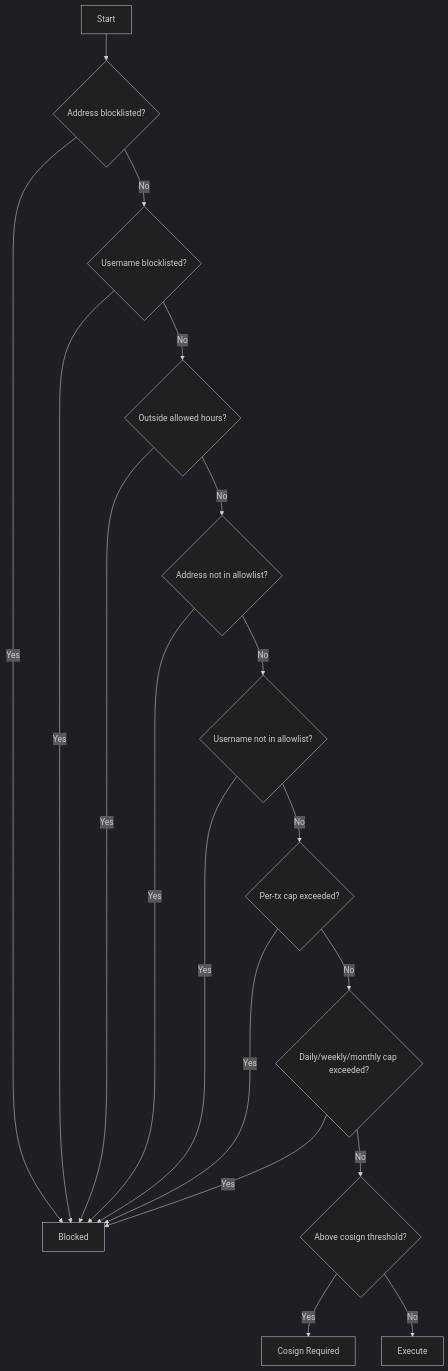
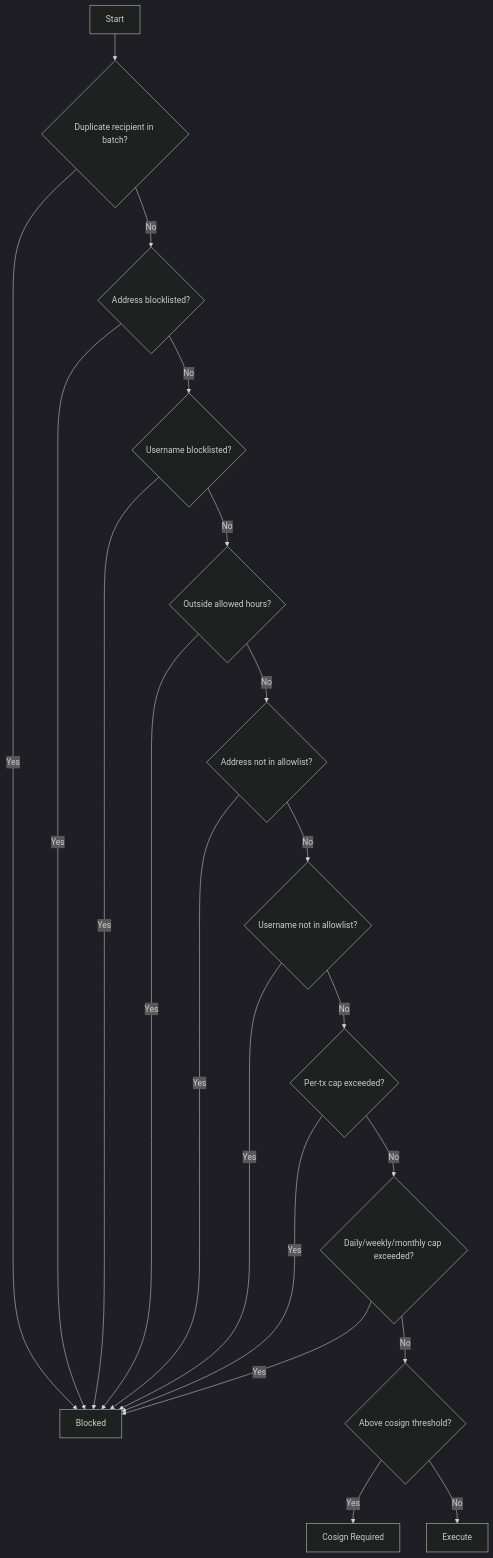
One commit to Qevor/Qevor changed the second of 2 diagrams in docs/agent-stack.md. Above: the diagram before and after it, drawn with Mermaid (dark theme). The commit also changed other lines of this file and 38 other files, not shown here.

````diff
--- a/docs/agent-stack.md
+++ b/docs/agent-stack.md
@@ -45,20 +69,22 @@
 ```mermaid
 flowchart TD
-    A[Start] --> B{Address blocklisted?}
+    A[Start] --> B{Duplicate recipient in batch?}
     B -->|Yes| BLOCK[Blocked]
-    B -->|No| C{Username blocklisted?}
+    B -->|No| C{Address blocklisted?}
     C -->|Yes| BLOCK
-    C -->|No| D{Outside allowed hours?}
+    C -->|No| D{Username blocklisted?}
     D -->|Yes| BLOCK
-    D -->|No| E{Address not in allowlist?}
+    D -->|No| E{Outside allowed hours?}
     E -->|Yes| BLOCK
-    E -->|No| F{Username not in allowlist?}
+    E -->|No| F{Address not in allowlist?}
     F -->|Yes| BLOCK
-    F -->|No| G{Per-tx cap exceeded?}
+    F -->|No| G{Username not in allowlist?}
     G -->|Yes| BLOCK
-    G -->|No| H{Daily/weekly/monthly cap exceeded?}
+    G -->|No| H{Per-tx cap exceeded?}
     H -->|Yes| BLOCK
-    H -->|No| I{Above cosign threshold?}
-    I -->|Yes| COSIGN[Cosign Required]
-    I -->|No| EXEC[Execute]
+    H -->|No| I{Daily/weekly/monthly cap exceeded?}
+    I -->|Yes| BLOCK
+    I -->|No| J{Above cosign threshold?}
+    J -->|Yes| COSIGN[Cosign Required]
+    J -->|No| EXEC[Execute]
 ```
````
